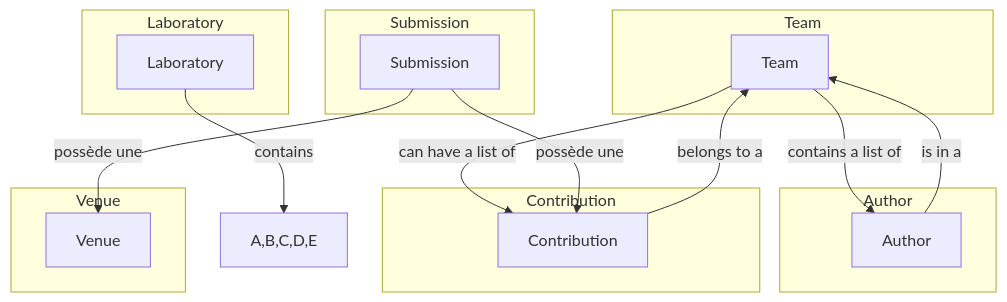
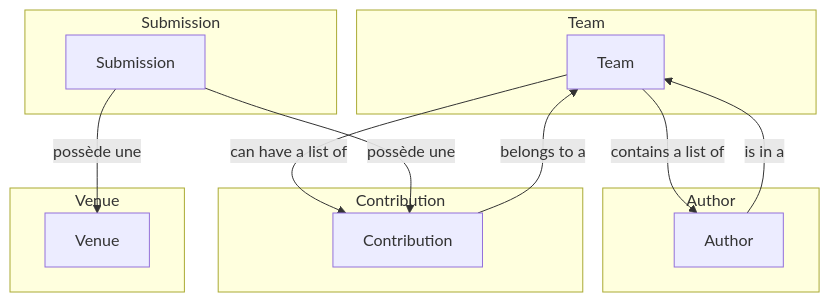
Before and after one commit to teovlt/nodeTP: the diagram in README.md, drawn with Mermaid.

Commit message:
take off labo in readme

````diff
--- a/README.md
+++ b/README.md
@@ -45,35 +45,31 @@
 ```mermaid
 graph TD
 subgraph "Team"
 A[Team]
 end
 
 subgraph "Author"
 B[Author]
 end
 
 subgraph "Contribution"
 C[Contribution]
 end
 
 subgraph "Submission"
 D[Submission]
 end
 
 subgraph "Venue"
 E[Venue]
 end
 
-subgraph "Laboratory"
-L[Laboratory]
-end
 
 A -->|contains a list of| B
 B -->|is in a| A
 A -->|can have a list of| C
 C -->|belongs to a| A
 D -->|possède une | E
 D -->|possède une | C
-L -->|contains| A,B,C,D,E
 
 ```
````
